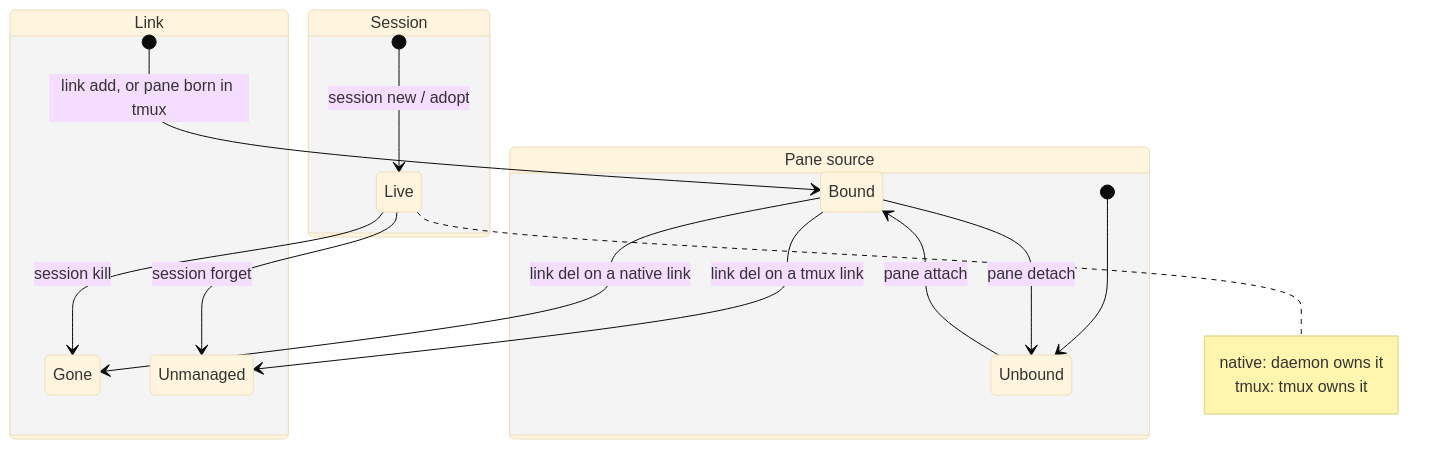
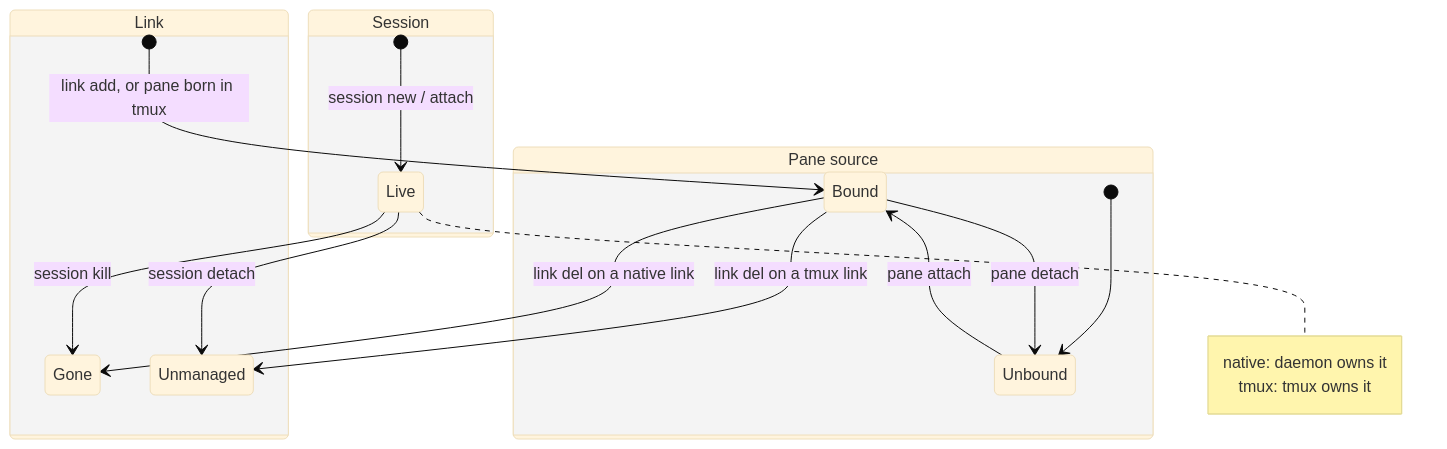
The third of 4 diagrams in doc/dev/arch/arch.md (xiaoshan1234/xscore), drawn with Mermaid (base theme) before and after one commit. The commit also changed other lines of this file and 13 other files, not shown here.

````diff
--- a/doc/dev/arch/arch.md
+++ b/doc/dev/arch/arch.md
@@ -637,24 +637,24 @@
 ```mermaid
 stateDiagram-v2
     state "Session" as SS {
-        [*] --> Live: session new / adopt
+        [*] --> Live: session new / attach
         Live --> Gone: session kill
-        Live --> Unmanaged: session forget
+        Live --> Unmanaged: session detach
         note right of Live
             native: daemon owns it
             tmux: tmux owns it
         end note
     }
 
     state "Link" as LL {
         [*] --> Bound: link add, or pane born in tmux
         Bound --> Gone: link del on a native link
         Bound --> Unmanaged: link del on a tmux link
     }
 
     state "Pane source" as PP {
         [*] --> Unbound
         Unbound --> Bound: pane attach
         Bound --> Unbound: pane detach
     }
 ```
````
